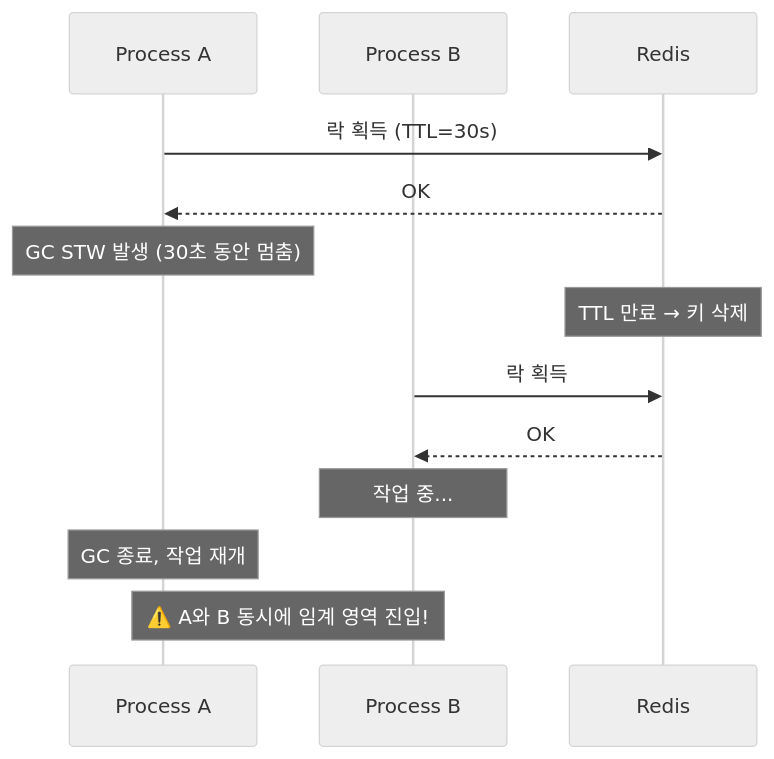
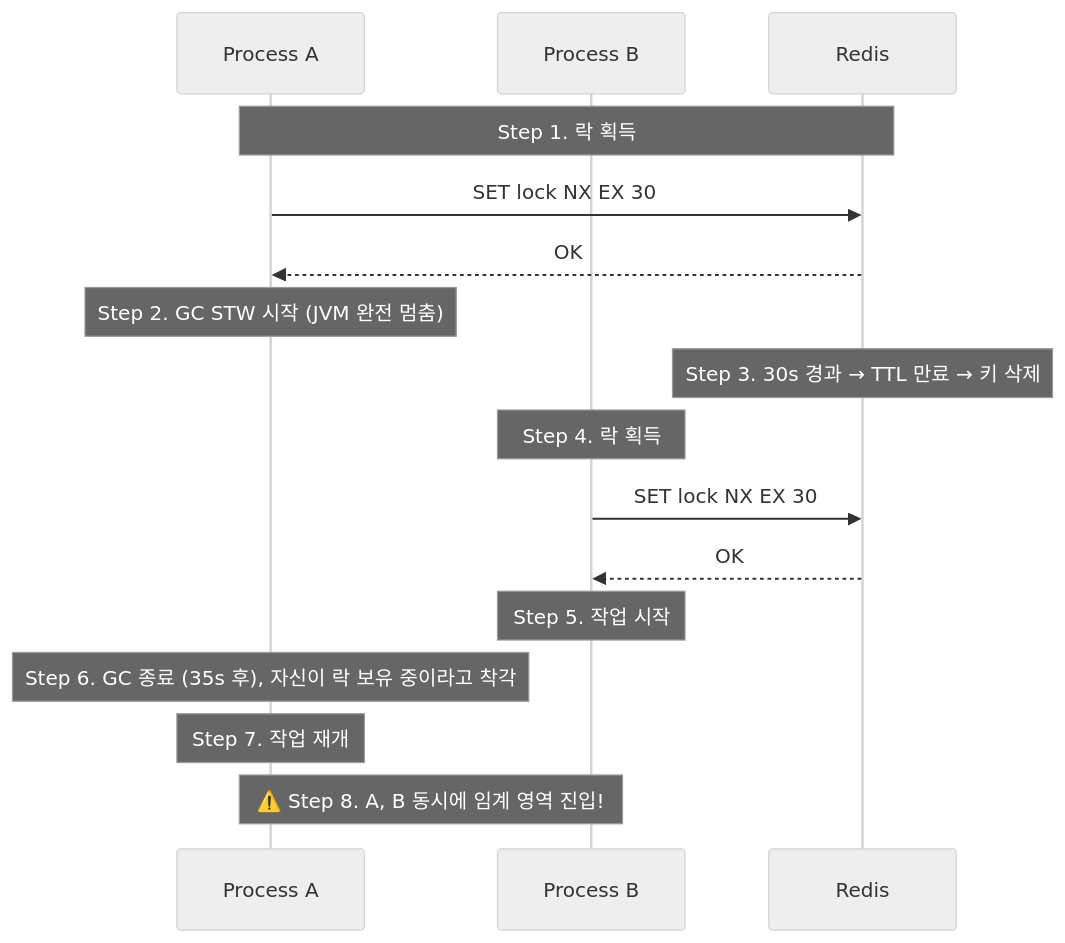
Before and after one commit to yjkim2015/yjkim2015.github.io: diagram 14 of 15 in _posts/redis/2026-05-01-redis-distributed-lock.md, drawn with Mermaid (neutral theme). The commit also changed other lines of this file and 63 other files, not shown here.

```diff
--- a/_posts/redis/2026-05-01-redis-distributed-lock.md
+++ b/_posts/redis/2026-05-01-redis-distributed-lock.md
@@ -285,16 +858,23 @@
 <div class="mermaid">
 sequenceDiagram
     participant A as Process A
     participant B as Process B
     participant R as Redis
 
-    A->>R: 락 획득 (TTL=30s)
+    Note over A,R: Step 1. 락 획득
+    A->>R: SET lock NX EX 30
     R-->>A: OK
-    Note over A: GC STW 발생 (30초 동안 멈춤)
-    Note over R: TTL 만료 → 키 삭제
-    B->>R: 락 획득
+
+    Note over A: Step 2. GC STW 시작 (JVM 완전 멈춤)
+    Note over R: Step 3. 30s 경과 → TTL 만료 → 키 삭제
+
+    Note over B: Step 4. 락 획득
+    B->>R: SET lock NX EX 30
     R-->>B: OK
-    Note over B: 작업 중...
-    Note over A: GC 종료, 작업 재개
-    Note over A,B: ⚠️ A와 B 동시에 임계 영역 진입!
+    Note over B: Step 5. 작업 시작
+
+    Note over A: Step 6. GC 종료 (35s 후), 자신이 락 보유 중이라고 착각
+    Note over A: Step 7. 작업 재개
+
+    Note over A,B: ⚠️ Step 8. A, B 동시에 임계 영역 진입!
 </div>
```
